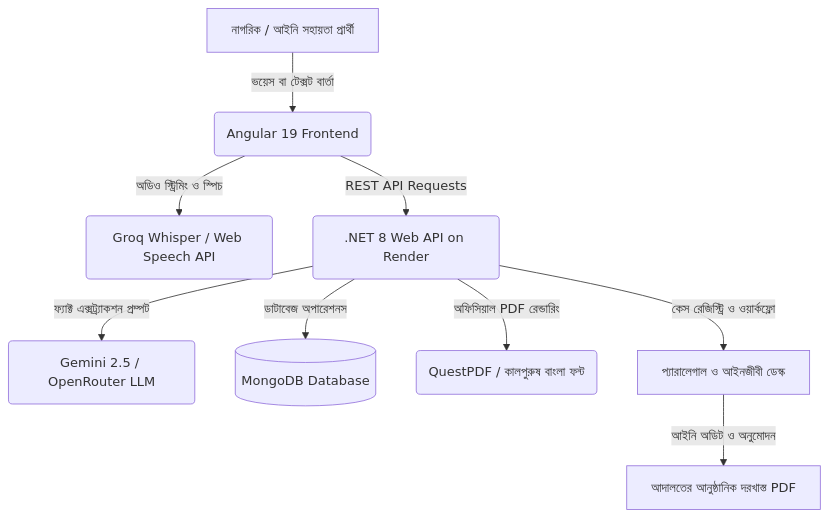
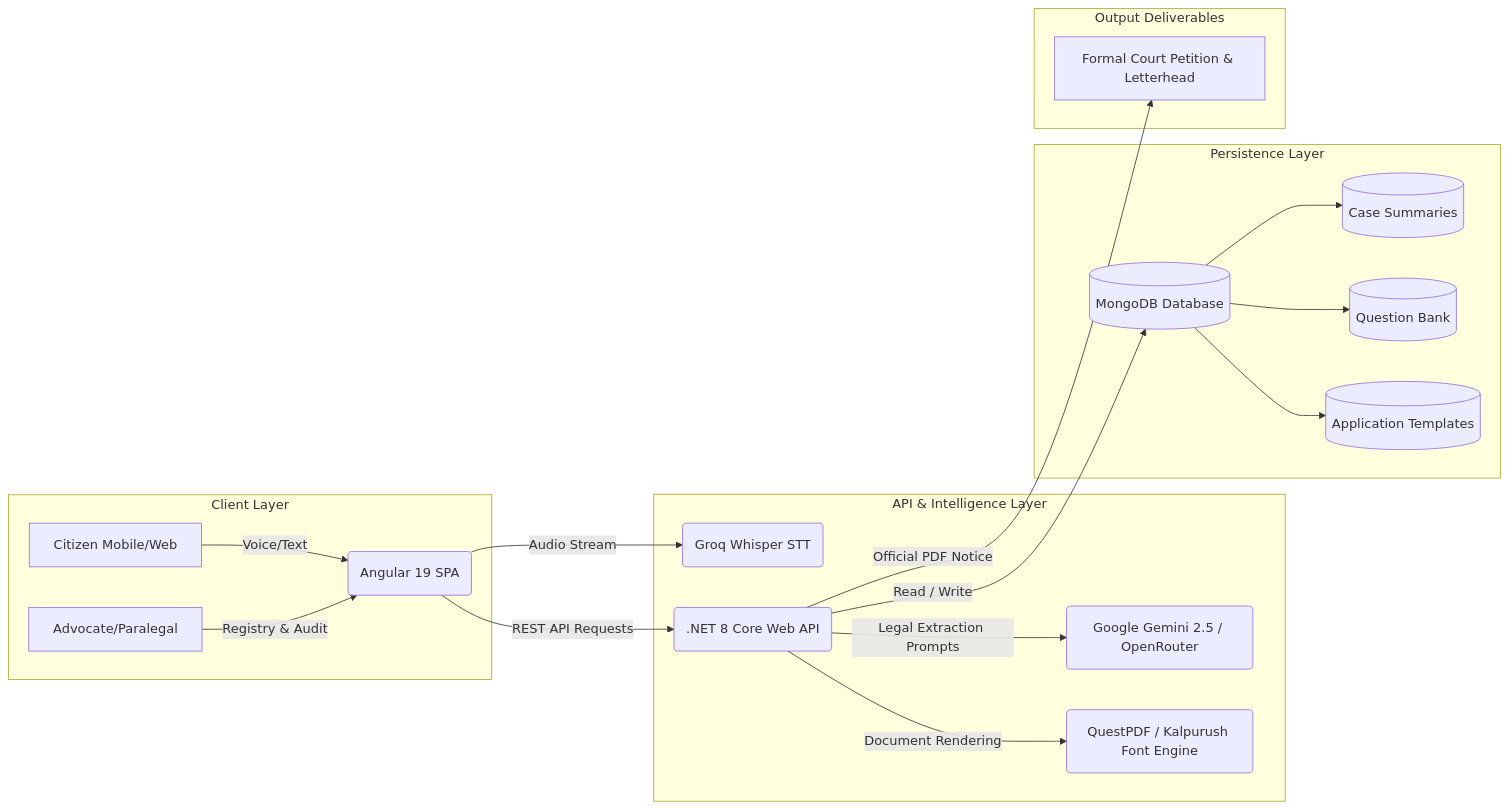
One commit to prityd825/Odhikar-with-legal-hub changed the diagram in README.md. Above: the diagram before and after it, drawn with Mermaid. The commit also changed other lines of this file, not shown here.

````diff
--- a/README.md
+++ b/README.md
@@ -85,11 +119,25 @@
 ```mermaid
-graph TD
-    A[নাগরিক / আইনি সহায়তা প্রার্থী] -->|ভয়েস বা টেক্সট বার্তা| B(Angular 19 Frontend)
-    B -->|অডিও স্ট্রিমিং ও স্পিচ| C(Groq Whisper / Web Speech API)
-    B -->|REST API Requests| D(.NET 8 Web API on Render)
-    D -->|ফ্যাক্ট এক্সট্র্যাকশন প্রম্পট| E(Gemini 2.5 / OpenRouter LLM)
-    D -->|ডাটাবেজ অপারেশনস| F[(MongoDB Database)]
-    D -->|অফিসিয়াল PDF রেন্ডারিং| G(QuestPDF / কালপুরুষ বাংলা ফন্ট)
-    D -->|কেস রেজিস্ট্রি ও ওয়ার্কফ্লো| H[প্যারালেগাল ও আইনজীবী ডেস্ক]
-    H -->|আইনি অডিট ও অনুমোদন| I[আদালতের আনুষ্ঠানিক দরখাস্ত PDF]
+graph LR
+    subgraph Client Layer
+        A[Citizen Mobile/Web] -->|Voice/Text| B(Angular 19 SPA)
+        L[Advocate/Paralegal] -->|Registry & Audit| B
+    end
+
+    subgraph API & Intelligence Layer
+        B -->|Audio Stream| C(Groq Whisper STT)
+        B -->|REST API Requests| D(.NET 8 Core Web API)
+        D -->|Legal Extraction Prompts| E(Google Gemini 2.5 / OpenRouter)
+        D -->|Document Rendering| F(QuestPDF / Kalpurush Font Engine)
+    end
+
+    subgraph Persistence Layer
+        D -->|Read / Write| G[(MongoDB Database)]
+        G --> H[(Case Summaries)]
+        G --> I[(Question Bank)]
+        G --> J[(Application Templates)]
+    end
+
+    subgraph Output Deliverables
+        D -->|Official PDF Notice| K[Formal Court Petition & Letterhead]
+    end
 ```
````
